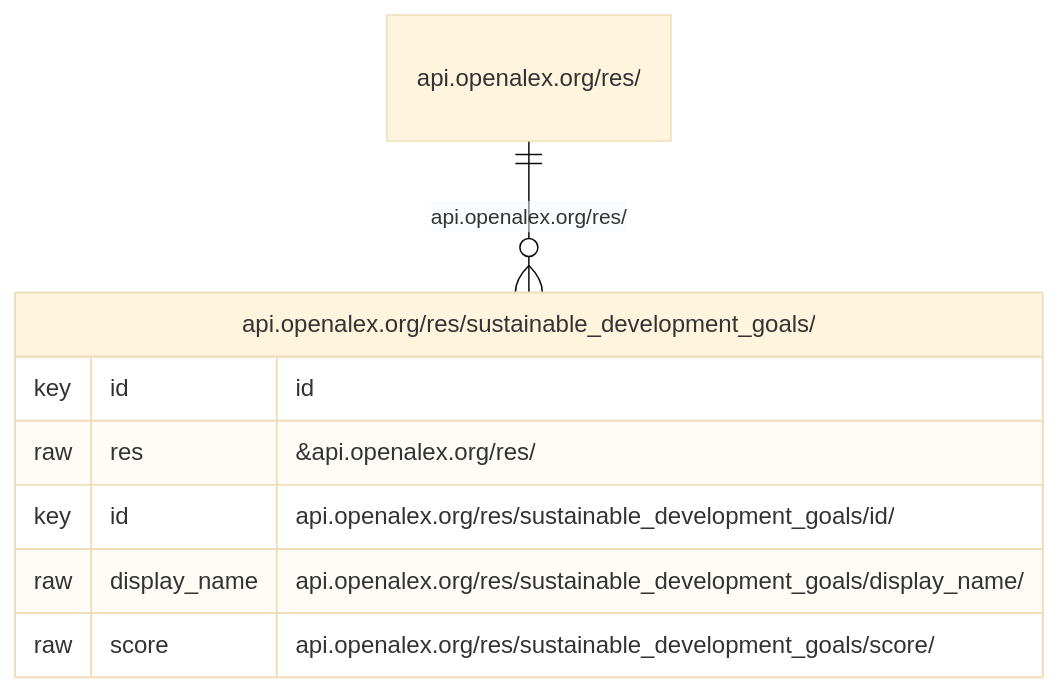
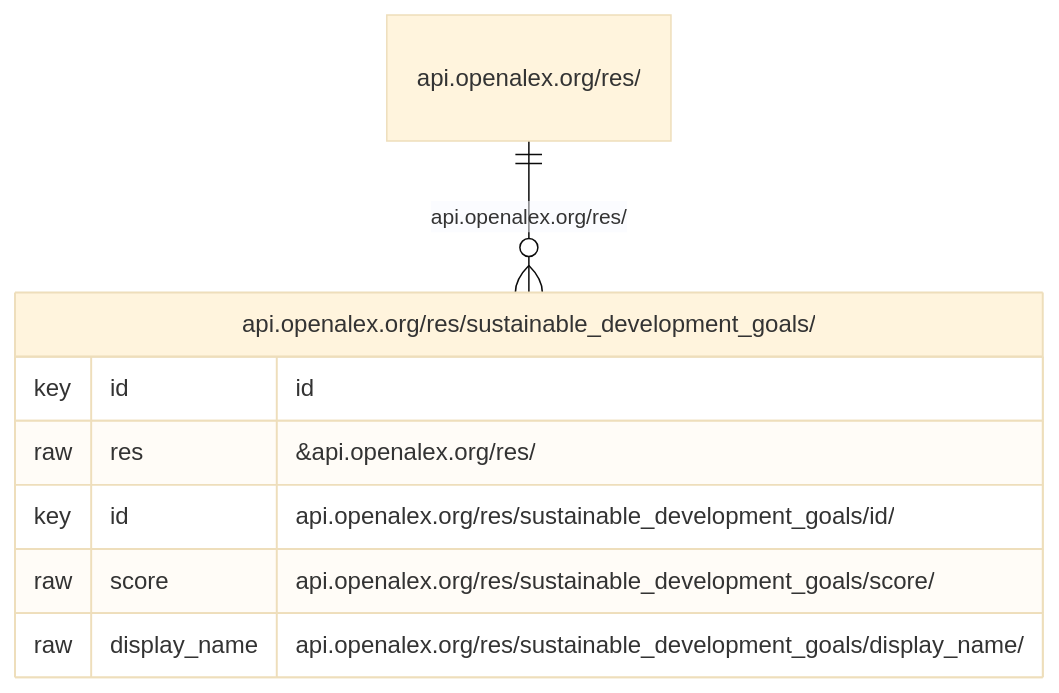
Before and after one commit to adamAfro/UPRP: diagram 11 of 12 in node/api.openalex.org/readme.md, drawn with Mermaid (base theme). The commit also changed other lines of this file and 1 other file, not shown here.

````diff
--- a/node/api.openalex.org/readme.md
+++ b/node/api.openalex.org/readme.md
@@ -296,12 +294,12 @@
 ```mermaid
 erDiagram
 
 "api.openalex.org/res/sustainable_development_goals/"{
   key id "id"
   raw res "&api.openalex.org/res/"
   key id "api.openalex.org/res/sustainable_development_goals/id/"
-  raw display_name "api.openalex.org/res/sustainable_development_goals/display_name/"
-  raw score "api.openalex.org/res/sustainable_development_goals/score/" }
+  raw score "api.openalex.org/res/sustainable_development_goals/score/"
+  raw display_name "api.openalex.org/res/sustainable_development_goals/display_name/" }
 "api.openalex.org/res/" ||--o{ "api.openalex.org/res/sustainable_development_goals/" : "api.openalex.org/res/"
 
 ```
````
